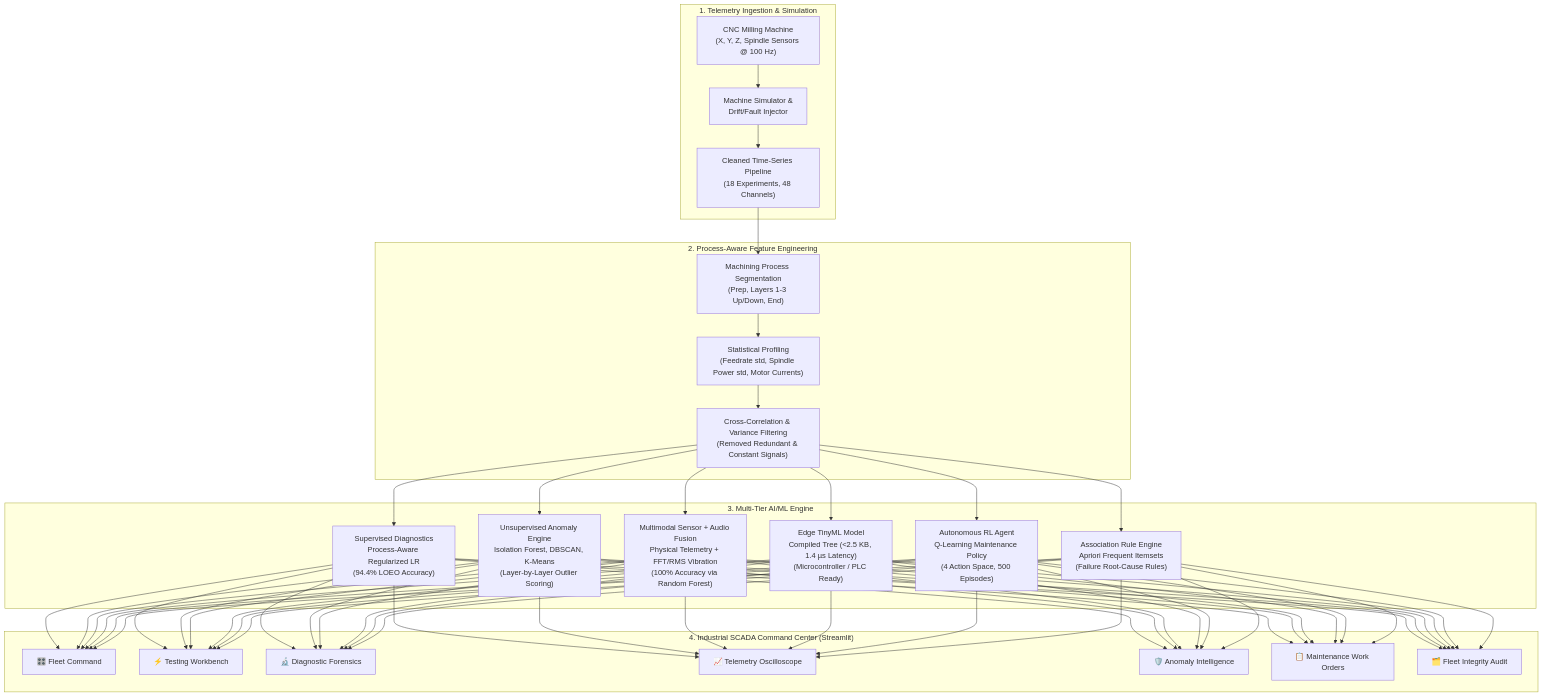
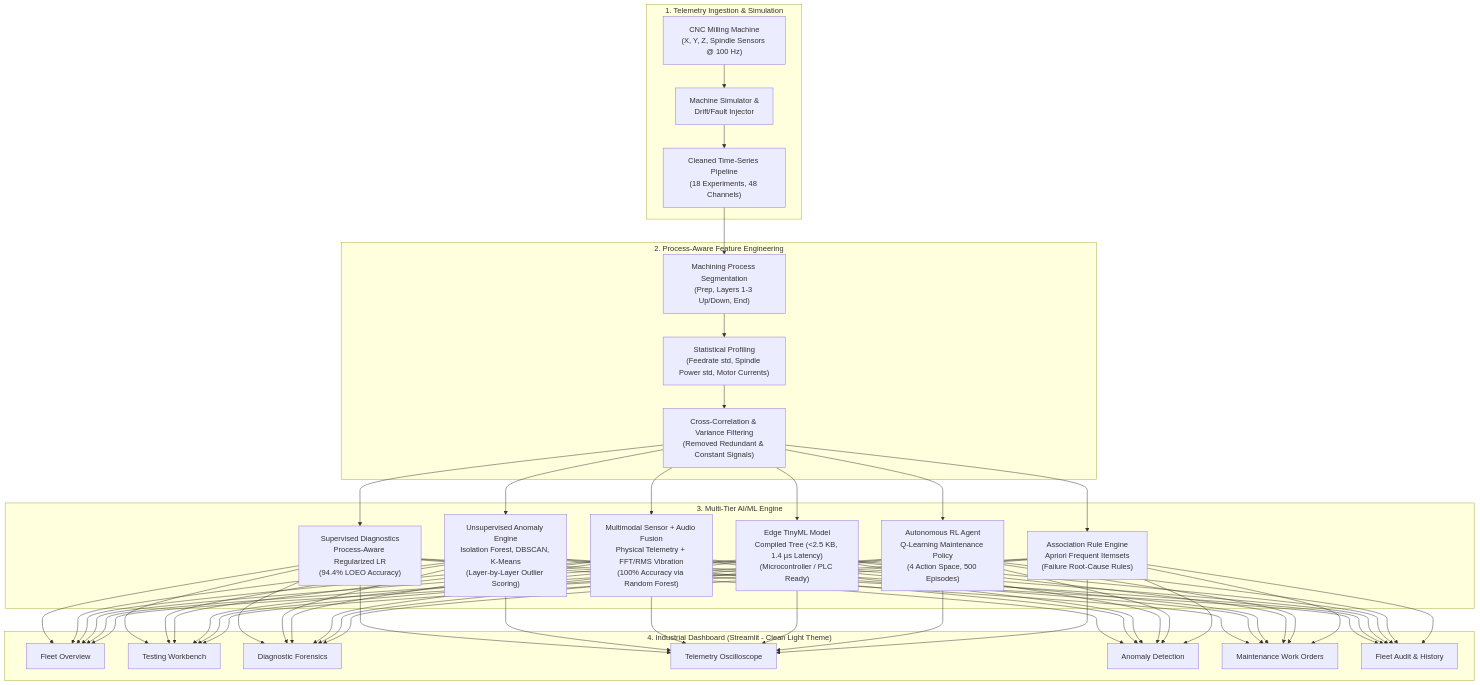
The diagram in README.md (sushii40/Neurostrom_hackathon), drawn with Mermaid before and after one commit. The commit also changed other lines of this file and 5 other files, not shown here.

Commit message:
fixed bugs of anomaly, prediction, dashboard, streamlit

````diff
--- a/README.md
+++ b/README.md
@@ -31,32 +31,32 @@
 ```mermaid
 flowchart TD
     subgraph DataIngestion["1. Telemetry Ingestion & Simulation"]
         A1["CNC Milling Machine<br/>(X, Y, Z, Spindle Sensors @ 100 Hz)"] --> A2["Machine Simulator &<br/>Drift/Fault Injector"]
         A2 --> A3["Cleaned Time-Series Pipeline<br/>(18 Experiments, 48 Channels)"]
     end
 
     subgraph FeatureEng["2. Process-Aware Feature Engineering"]
         A3 --> B1["Machining Process Segmentation<br/>(Prep, Layers 1-3 Up/Down, End)"]
         B1 --> B2["Statistical Profiling<br/>(Feedrate std, Spindle Power std, Motor Currents)"]
         B2 --> B3["Cross-Correlation & Variance Filtering<br/>(Removed Redundant & Constant Signals)"]
     end
 
     subgraph AIModels["3. Multi-Tier AI/ML Engine"]
         B3 --> C1["Supervised Diagnostics<br/>Process-Aware Regularized LR<br/>(94.4% LOEO Accuracy)"]
         B3 --> C2["Unsupervised Anomaly Engine<br/>Isolation Forest, DBSCAN, K-Means<br/>(Layer-by-Layer Outlier Scoring)"]
         B3 --> C3["Multimodal Sensor + Audio Fusion<br/>Physical Telemetry + FFT/RMS Vibration<br/>(100% Accuracy via Random Forest)"]
         B3 --> C4["Edge TinyML Model<br/>Compiled Tree (<2.5 KB, 1.4 µs Latency)<br/>(Microcontroller / PLC Ready)"]
         B3 --> C5["Autonomous RL Agent<br/>Q-Learning Maintenance Policy<br/>(4 Action Space, 500 Episodes)"]
         B3 --> C6["Association Rule Engine<br/>Apriori Frequent Itemsets<br/>(Failure Root-Cause Rules)"]
     end
 
-    subgraph SCADA["4. Industrial SCADA Command Center (Streamlit)"]
-        C1 & C2 & C3 & C4 & C5 & C6 --> D1["🎛️ Fleet Command"]
-        C1 & C2 & C3 & C4 & C5 & C6 --> D2["⚡ Testing Workbench"]
-        C1 & C2 & C3 & C4 & C5 & C6 --> D3["🔬 Diagnostic Forensics"]
-        C1 & C2 & C3 & C4 & C5 & C6 --> D4["📈 Telemetry Oscilloscope"]
-        C1 & C2 & C3 & C4 & C5 & C6 --> D5["🛡️ Anomaly Intelligence"]
-        C1 & C2 & C3 & C4 & C5 & C6 --> D6["📋 Maintenance Work Orders"]
-        C1 & C2 & C3 & C4 & C5 & C6 --> D7["🗂️ Fleet Integrity Audit"]
+    subgraph SCADA["4. Industrial Dashboard (Streamlit - Clean Light Theme)"]
+        C1 & C2 & C3 & C4 & C5 & C6 --> D1["Fleet Overview"]
+        C1 & C2 & C3 & C4 & C5 & C6 --> D2["Testing Workbench"]
+        C1 & C2 & C3 & C4 & C5 & C6 --> D3["Diagnostic Forensics"]
+        C1 & C2 & C3 & C4 & C5 & C6 --> D4["Telemetry Oscilloscope"]
+        C1 & C2 & C3 & C4 & C5 & C6 --> D5["Anomaly Detection"]
+        C1 & C2 & C3 & C4 & C5 & C6 --> D6["Maintenance Work Orders"]
+        C1 & C2 & C3 & C4 & C5 & C6 --> D7["Fleet Audit & History"]
     end
 ```
````
